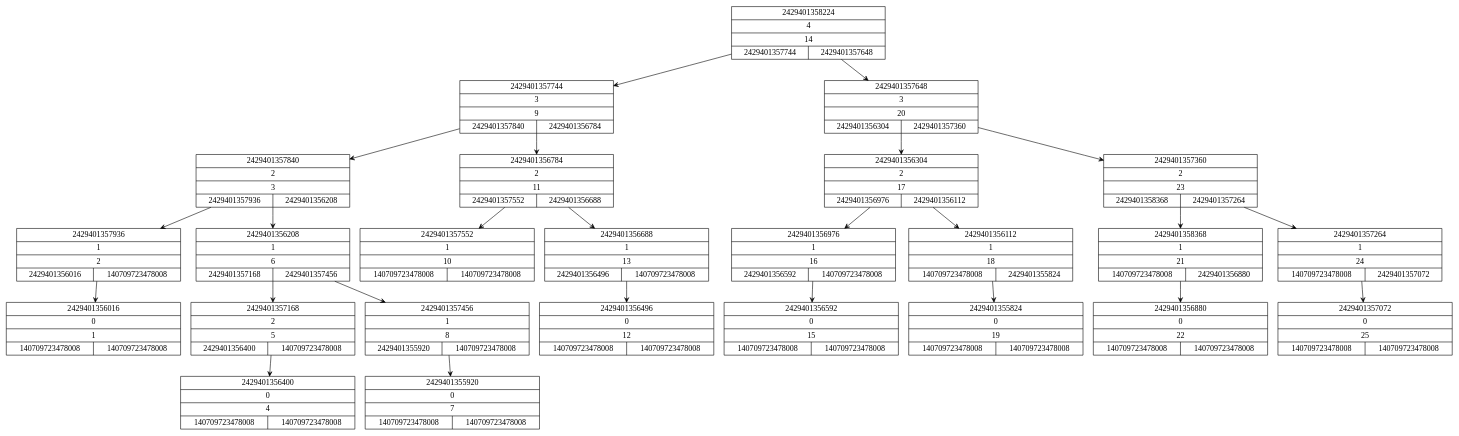
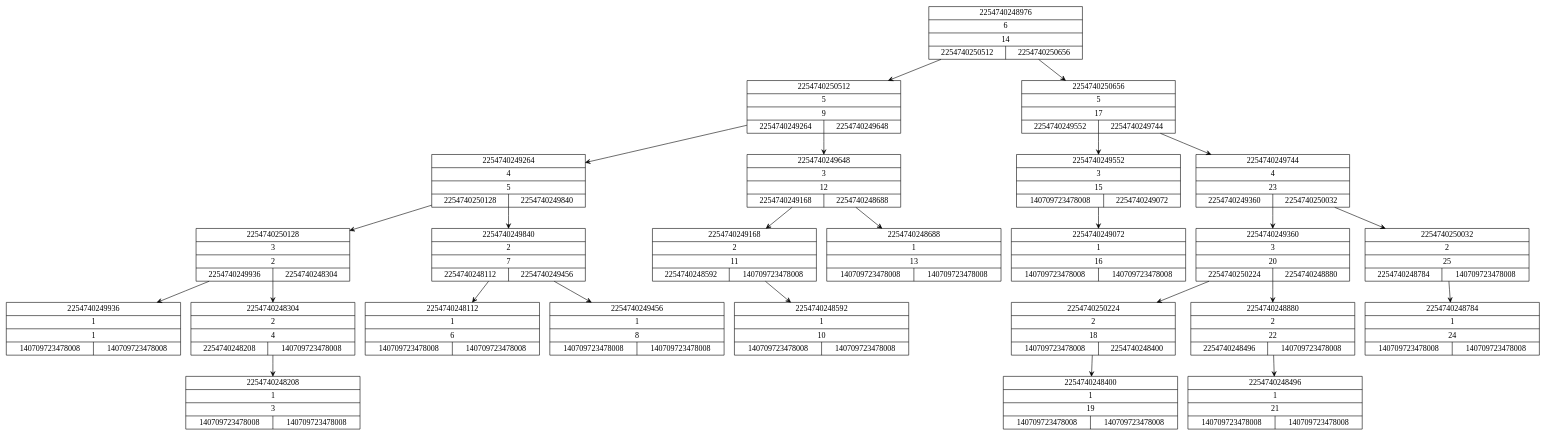
The diagram in atividade_u02/graficos/dots_files/avltree.dot (mts-lucas/data-structure), drawn with Graphviz before and after one commit. The commit also changed 2 other files, not shown here.

```diff
--- a/atividade_u02/graficos/dots_files/avltree.dot
+++ b/atividade_u02/graficos/dots_files/avltree.dot
@@ -1,53 +1,53 @@
 digraph Tree {
   node [shape=record, height=0.6, width=1.5];
   edge [arrowhead=vee, arrowsize=0.8];
-  "2429401356016" [label="{2429401356016|0|1|{140709723478008|140709723478008}}"];
-  "2429401357936" [label="{2429401357936|1|2|{2429401356016|140709723478008}}"];
-  "2429401357936" -> "2429401356016";
-  "2429401357840" [label="{2429401357840|2|3|{2429401357936|2429401356208}}"];
-  "2429401357840" -> "2429401357936";
-  "2429401357840" -> "2429401356208";
-  "2429401356400" [label="{2429401356400|0|4|{140709723478008|140709723478008}}"];
-  "2429401357168" [label="{2429401357168|2|5|{2429401356400|140709723478008}}"];
-  "2429401357168" -> "2429401356400";
-  "2429401356208" [label="{2429401356208|1|6|{2429401357168|2429401357456}}"];
-  "2429401356208" -> "2429401357168";
-  "2429401356208" -> "2429401357456";
-  "2429401355920" [label="{2429401355920|0|7|{140709723478008|140709723478008}}"];
-  "2429401357456" [label="{2429401357456|1|8|{2429401355920|140709723478008}}"];
-  "2429401357456" -> "2429401355920";
-  "2429401357744" [label="{2429401357744|3|9|{2429401357840|2429401356784}}"];
-  "2429401357744" -> "2429401357840";
-  "2429401357744" -> "2429401356784";
-  "2429401357552" [label="{2429401357552|1|10|{140709723478008|140709723478008}}"];
-  "2429401356784" [label="{2429401356784|2|11|{2429401357552|2429401356688}}"];
-  "2429401356784" -> "2429401357552";
-  "2429401356784" -> "2429401356688";
-  "2429401356496" [label="{2429401356496|0|12|{140709723478008|140709723478008}}"];
-  "2429401356688" [label="{2429401356688|1|13|{2429401356496|140709723478008}}"];
-  "2429401356688" -> "2429401356496";
-  "2429401358224" [label="{2429401358224|4|14|{2429401357744|2429401357648}}"];
-  "2429401358224" -> "2429401357744";
-  "2429401358224" -> "2429401357648";
-  "2429401356592" [label="{2429401356592|0|15|{140709723478008|140709723478008}}"];
-  "2429401356976" [label="{2429401356976|1|16|{2429401356592|140709723478008}}"];
-  "2429401356976" -> "2429401356592";
-  "2429401356304" [label="{2429401356304|2|17|{2429401356976|2429401356112}}"];
-  "2429401356304" -> "2429401356976";
-  "2429401356304" -> "2429401356112";
-  "2429401356112" [label="{2429401356112|1|18|{140709723478008|2429401355824}}"];
-  "2429401356112" -> "2429401355824";
-  "2429401355824" [label="{2429401355824|0|19|{140709723478008|140709723478008}}"];
-  "2429401357648" [label="{2429401357648|3|20|{2429401356304|2429401357360}}"];
-  "2429401357648" -> "2429401356304";
-  "2429401357648" -> "2429401357360";
-  "2429401358368" [label="{2429401358368|1|21|{140709723478008|2429401356880}}"];
-  "2429401358368" -> "2429401356880";
-  "2429401356880" [label="{2429401356880|0|22|{140709723478008|140709723478008}}"];
-  "2429401357360" [label="{2429401357360|2|23|{2429401358368|2429401357264}}"];
-  "2429401357360" -> "2429401358368";
-  "2429401357360" -> "2429401357264";
-  "2429401357264" [label="{2429401357264|1|24|{140709723478008|2429401357072}}"];
-  "2429401357264" -> "2429401357072";
-  "2429401357072" [label="{2429401357072|0|25|{140709723478008|140709723478008}}"];
+  "2254740249936" [label="{2254740249936|1|1|{140709723478008|140709723478008}}"];
+  "2254740250128" [label="{2254740250128|3|2|{2254740249936|2254740248304}}"];
+  "2254740250128" -> "2254740249936";
+  "2254740250128" -> "2254740248304";
+  "2254740248208" [label="{2254740248208|1|3|{140709723478008|140709723478008}}"];
+  "2254740248304" [label="{2254740248304|2|4|{2254740248208|140709723478008}}"];
+  "2254740248304" -> "2254740248208";
+  "2254740249264" [label="{2254740249264|4|5|{2254740250128|2254740249840}}"];
+  "2254740249264" -> "2254740250128";
+  "2254740249264" -> "2254740249840";
+  "2254740248112" [label="{2254740248112|1|6|{140709723478008|140709723478008}}"];
+  "2254740249840" [label="{2254740249840|2|7|{2254740248112|2254740249456}}"];
+  "2254740249840" -> "2254740248112";
+  "2254740249840" -> "2254740249456";
+  "2254740249456" [label="{2254740249456|1|8|{140709723478008|140709723478008}}"];
+  "2254740250512" [label="{2254740250512|5|9|{2254740249264|2254740249648}}"];
+  "2254740250512" -> "2254740249264";
+  "2254740250512" -> "2254740249648";
+  "2254740248592" [label="{2254740248592|1|10|{140709723478008|140709723478008}}"];
+  "2254740249168" [label="{2254740249168|2|11|{2254740248592|140709723478008}}"];
+  "2254740249168" -> "2254740248592";
+  "2254740249648" [label="{2254740249648|3|12|{2254740249168|2254740248688}}"];
+  "2254740249648" -> "2254740249168";
+  "2254740249648" -> "2254740248688";
+  "2254740248688" [label="{2254740248688|1|13|{140709723478008|140709723478008}}"];
+  "2254740248976" [label="{2254740248976|6|14|{2254740250512|2254740250656}}"];
+  "2254740248976" -> "2254740250512";
+  "2254740248976" -> "2254740250656";
+  "2254740249552" [label="{2254740249552|3|15|{140709723478008|2254740249072}}"];
+  "2254740249552" -> "2254740249072";
+  "2254740249072" [label="{2254740249072|1|16|{140709723478008|140709723478008}}"];
+  "2254740250656" [label="{2254740250656|5|17|{2254740249552|2254740249744}}"];
+  "2254740250656" -> "2254740249552";
+  "2254740250656" -> "2254740249744";
+  "2254740250224" [label="{2254740250224|2|18|{140709723478008|2254740248400}}"];
+  "2254740250224" -> "2254740248400";
+  "2254740248400" [label="{2254740248400|1|19|{140709723478008|140709723478008}}"];
+  "2254740249360" [label="{2254740249360|3|20|{2254740250224|2254740248880}}"];
+  "2254740249360" -> "2254740250224";
+  "2254740249360" -> "2254740248880";
+  "2254740248496" [label="{2254740248496|1|21|{140709723478008|140709723478008}}"];
+  "2254740248880" [label="{2254740248880|2|22|{2254740248496|140709723478008}}"];
+  "2254740248880" -> "2254740248496";
+  "2254740249744" [label="{2254740249744|4|23|{2254740249360|2254740250032}}"];
+  "2254740249744" -> "2254740249360";
+  "2254740249744" -> "2254740250032";
+  "2254740248784" [label="{2254740248784|1|24|{140709723478008|140709723478008}}"];
+  "2254740250032" [label="{2254740250032|2|25|{2254740248784|140709723478008}}"];
+  "2254740250032" -> "2254740248784";
 }
```
